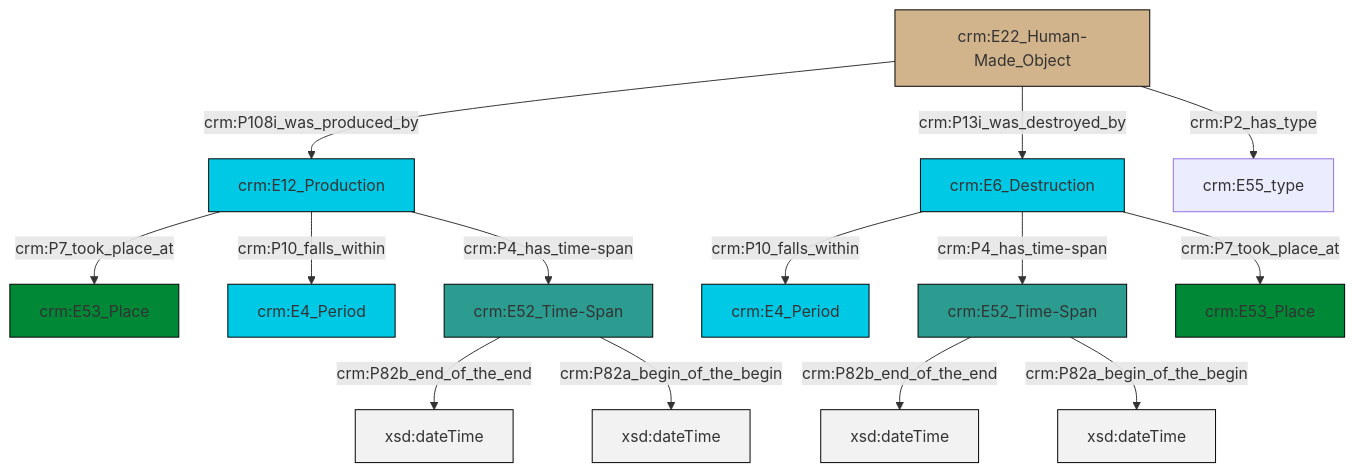
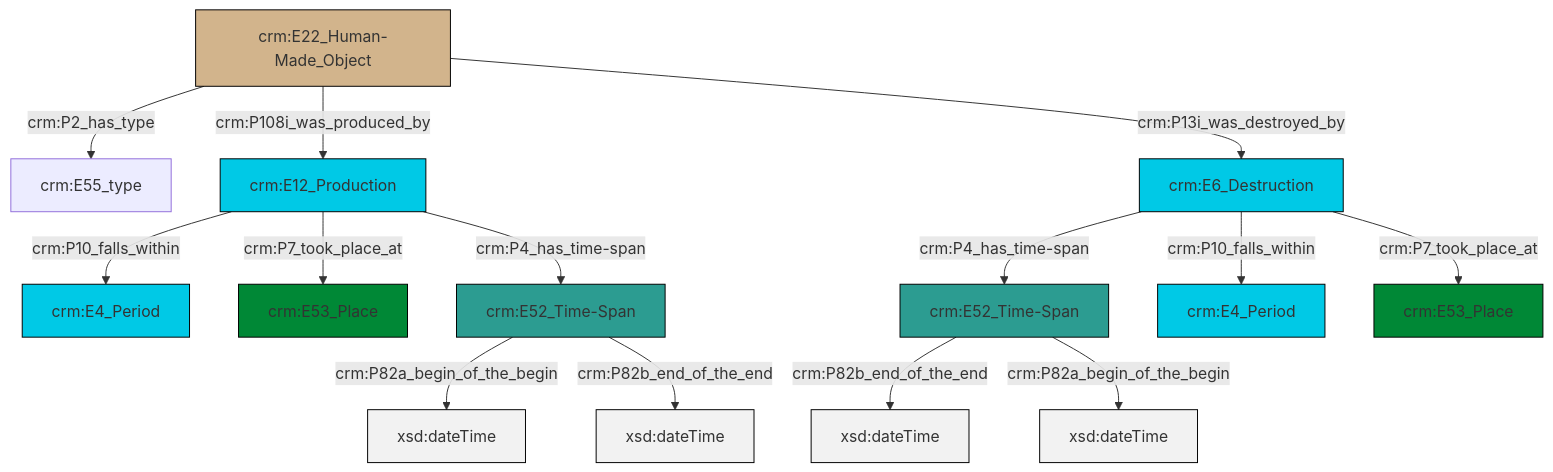
Before and after one commit to swiss-art-research-net/reference-data-models: the diagram in et/artworkCSV/ttl/mmd/Artwork_Existence.ttl.mmd, drawn with Mermaid. The commit also changed 128 other files, not shown here.

```diff
--- a/et/artworkCSV/ttl/mmd/Artwork_Existence.ttl.mmd
+++ b/et/artworkCSV/ttl/mmd/Artwork_Existence.ttl.mmd
@@ -1,28 +1,28 @@
 graph TD
 classDef Literal fill:#f2f2f2,stroke:#000000;
 classDef CRM_Entity fill:#FFFFFF,stroke:#000000;
 classDef Temporal_Entity fill:#00C9E6, stroke:#000000;
 classDef Type fill:#E18312, stroke:#000000;
 classDef Time-Span fill:#2C9C91, stroke:#000000;
 classDef Appellation fill:#FFEB7F, stroke:#000000;
 classDef Place fill:#008836, stroke:#000000;
 classDef Persistent_Item fill:#B266B2, stroke:#000000;
 classDef Conceptual_Object fill:#FFD700, stroke:#000000;
 classDef Physical_Thing fill:#D2B48C, stroke:#000000;
 classDef Actor fill:#f58aad, stroke:#000000;
 classDef PC_Classes fill:#4ce600, stroke:#000000;
 classDef Multi fill:#cccccc,stroke:#000000;
 
-0["crm:E12_Production"]:::Temporal_Entity -->|crm:P7_took_place_at| 1["crm:E53_Place"]:::Place
-4["crm:E22_Human-Made_Object"]:::Physical_Thing -->|crm:P108i_was_produced_by| 0["crm:E12_Production"]:::Temporal_Entity
-5["crm:E6_Destruction"]:::Temporal_Entity -->|crm:P10_falls_within| 6["crm:E4_Period"]:::Temporal_Entity
-2["crm:E52_Time-Span"]:::Time-Span -->|crm:P82b_end_of_the_end| 16[xsd:dateTime]:::Literal
-2["crm:E52_Time-Span"]:::Time-Span -->|crm:P82a_begin_of_the_begin| 17[xsd:dateTime]:::Literal
-0["crm:E12_Production"]:::Temporal_Entity -->|crm:P10_falls_within| 8["crm:E4_Period"]:::Temporal_Entity
-14["crm:E52_Time-Span"]:::Time-Span -->|crm:P82b_end_of_the_end| 22[xsd:dateTime]:::Literal
-0["crm:E12_Production"]:::Temporal_Entity -->|crm:P4_has_time-span| 2["crm:E52_Time-Span"]:::Time-Span
-4["crm:E22_Human-Made_Object"]:::Physical_Thing -->|crm:P13i_was_destroyed_by| 5["crm:E6_Destruction"]:::Temporal_Entity
-5["crm:E6_Destruction"]:::Temporal_Entity -->|crm:P4_has_time-span| 14["crm:E52_Time-Span"]:::Time-Span
-4["crm:E22_Human-Made_Object"]:::Physical_Thing -->|crm:P2_has_type| 10["crm:E55_type"]:::Default
-14["crm:E52_Time-Span"]:::Time-Span -->|crm:P82a_begin_of_the_begin| 23[xsd:dateTime]:::Literal
-5["crm:E6_Destruction"]:::Temporal_Entity -->|crm:P7_took_place_at| 18["crm:E53_Place"]:::Place
+2["crm:E6_Destruction"]:::Temporal_Entity -->|crm:P4_has_time-span| 3["crm:E52_Time-Span"]:::Time-Span
+4["crm:E52_Time-Span"]:::Time-Span -->|crm:P82a_begin_of_the_begin| 5[xsd:dateTime]:::Literal
+3["crm:E52_Time-Span"]:::Time-Span -->|crm:P82b_end_of_the_end| 8[xsd:dateTime]:::Literal
+2["crm:E6_Destruction"]:::Temporal_Entity -->|crm:P10_falls_within| 9["crm:E4_Period"]:::Temporal_Entity
+10["crm:E22_Human-Made_Object"]:::Physical_Thing -->|crm:P2_has_type| 0["crm:E55_type"]:::Default
+6["crm:E12_Production"]:::Temporal_Entity -->|crm:P10_falls_within| 13["crm:E4_Period"]:::Temporal_Entity
+10["crm:E22_Human-Made_Object"]:::Physical_Thing -->|crm:P108i_was_produced_by| 6["crm:E12_Production"]:::Temporal_Entity
+10["crm:E22_Human-Made_Object"]:::Physical_Thing -->|crm:P13i_was_destroyed_by| 2["crm:E6_Destruction"]:::Temporal_Entity
+4["crm:E52_Time-Span"]:::Time-Span -->|crm:P82b_end_of_the_end| 19[xsd:dateTime]:::Literal
+3["crm:E52_Time-Span"]:::Time-Span -->|crm:P82a_begin_of_the_begin| 21[xsd:dateTime]:::Literal
+6["crm:E12_Production"]:::Temporal_Entity -->|crm:P7_took_place_at| 11["crm:E53_Place"]:::Place
+6["crm:E12_Production"]:::Temporal_Entity -->|crm:P4_has_time-span| 4["crm:E52_Time-Span"]:::Time-Span
+2["crm:E6_Destruction"]:::Temporal_Entity -->|crm:P7_took_place_at| 16["crm:E53_Place"]:::Place
```
